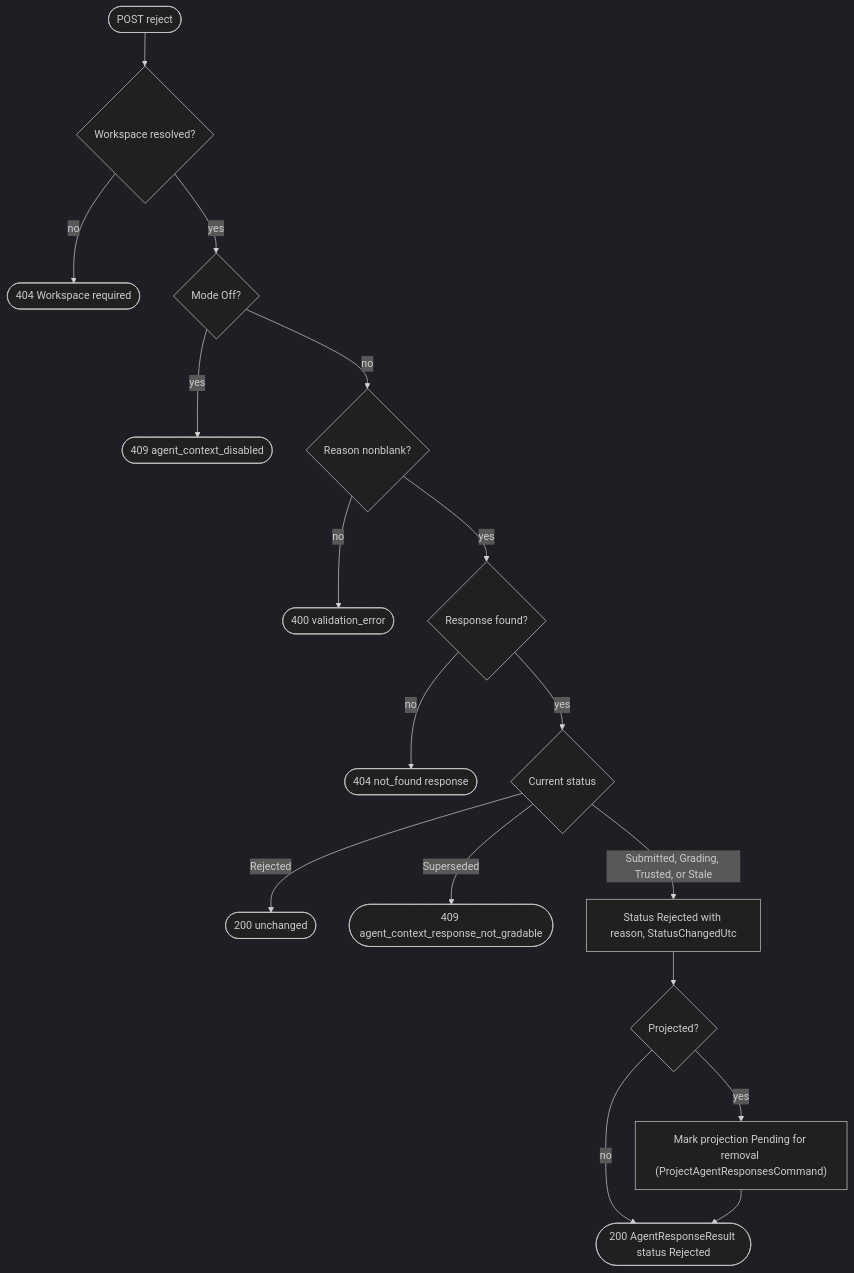
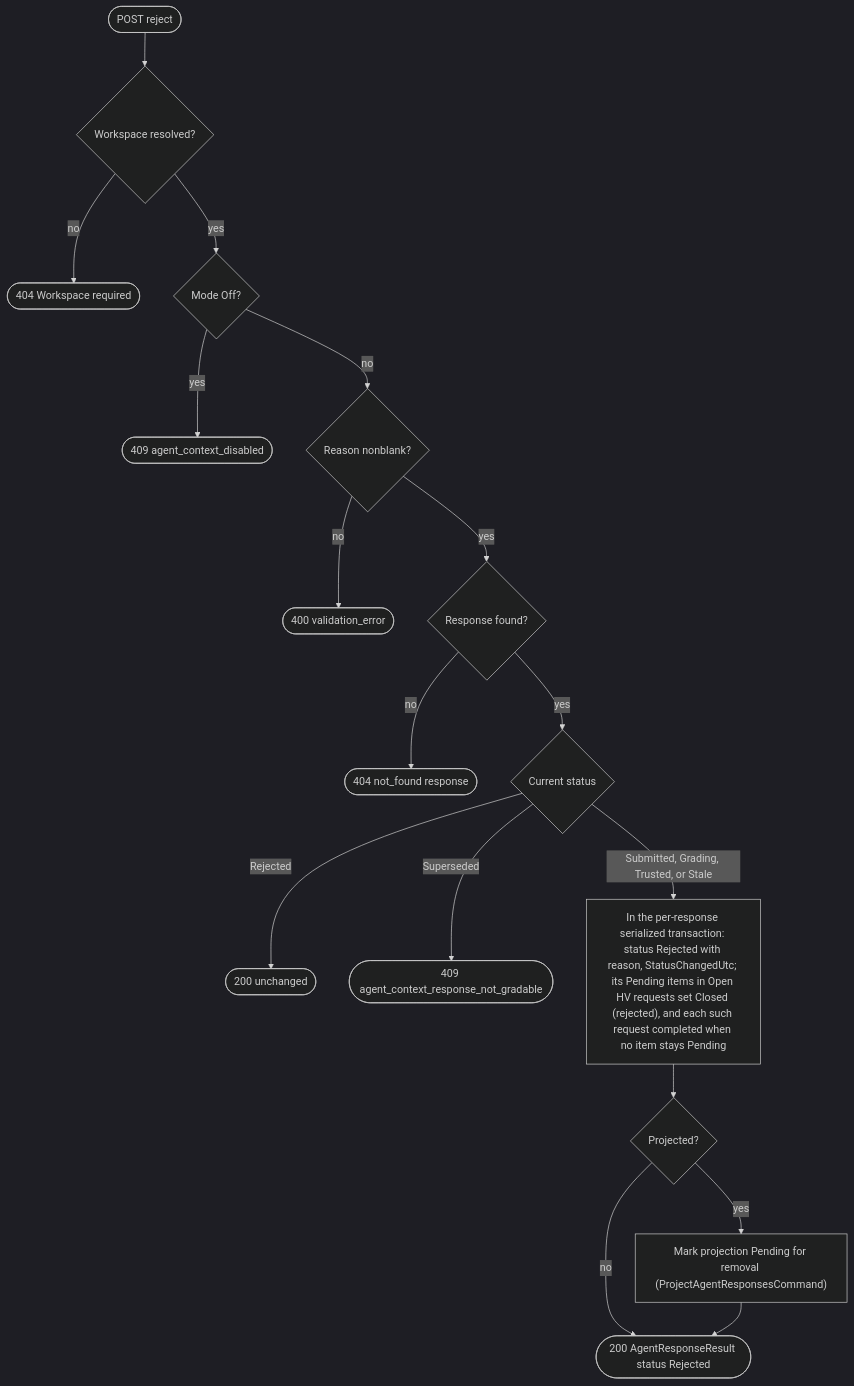
Before and after one commit to sharpninja/McpServer: diagram 14 of 59 in docs/Stateless-Agent-Context-Management.md, drawn with Mermaid (dark theme). The commit also changed other lines of this file and 2 other files, not shown here.

````diff
--- a/docs/Stateless-Agent-Context-Management.md
+++ b/docs/Stateless-Agent-Context-Management.md
@@ -609,19 +616,19 @@
 ```mermaid
 flowchart TD
     S(["POST reject"]) --> W{"Workspace resolved?"}
     W -->|no| E0(["404 Workspace required"])
     W -->|yes| MO{"Mode Off?"}
     MO -->|yes| E1(["409 agent_context_disabled"])
     MO -->|no| V{"Reason nonblank?"}
     V -->|no| E2(["400 validation_error"])
     V -->|yes| F{"Response found?"}
     F -->|no| E3(["404 not_found response"])
     F -->|yes| ST{"Current status"}
     ST -->|Rejected| SAME(["200 unchanged"])
     ST -->|Superseded| E4(["409 agent_context_response_not_gradable"])
-    ST -->|Submitted, Grading, Trusted, or Stale| RJ["Status Rejected with reason, StatusChangedUtc"]
+    ST -->|Submitted, Grading, Trusted, or Stale| RJ["In the per-response serialized transaction: status Rejected with reason, StatusChangedUtc; its Pending items in Open HV requests set Closed (rejected), and each such request completed when no item stays Pending"]
     RJ --> PR{"Projected?"}
     PR -->|yes| RM["Mark projection Pending for removal (ProjectAgentResponsesCommand)"]
     PR -->|no| OK
     RM --> OK(["200 AgentResponseResult status Rejected"])
 ```
````
